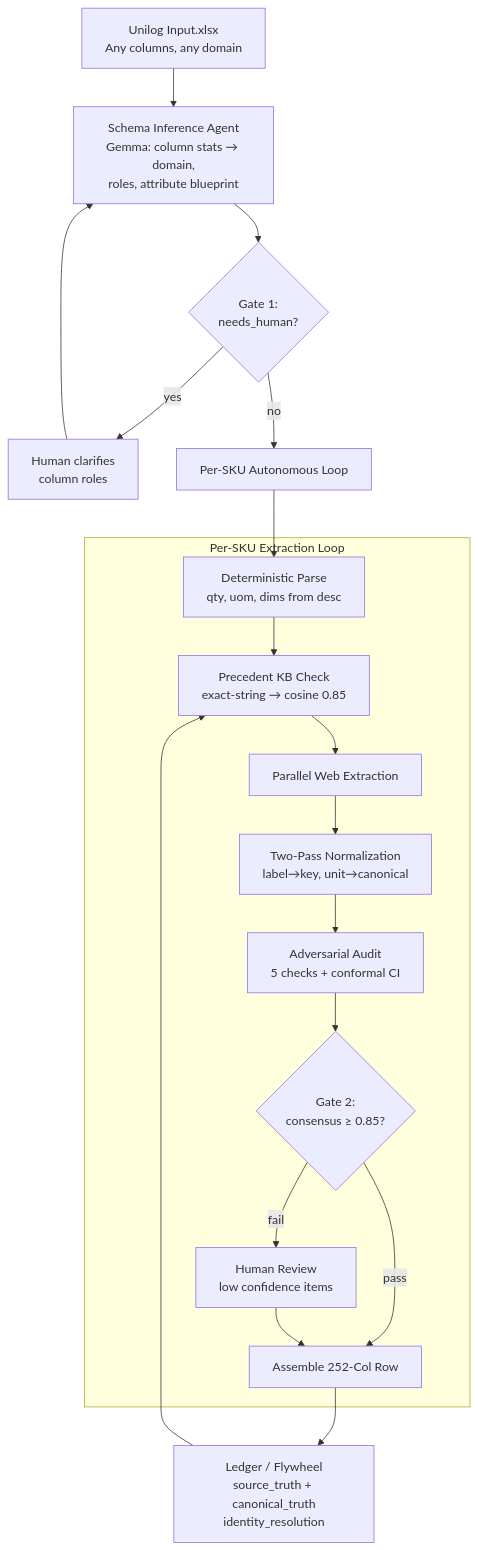
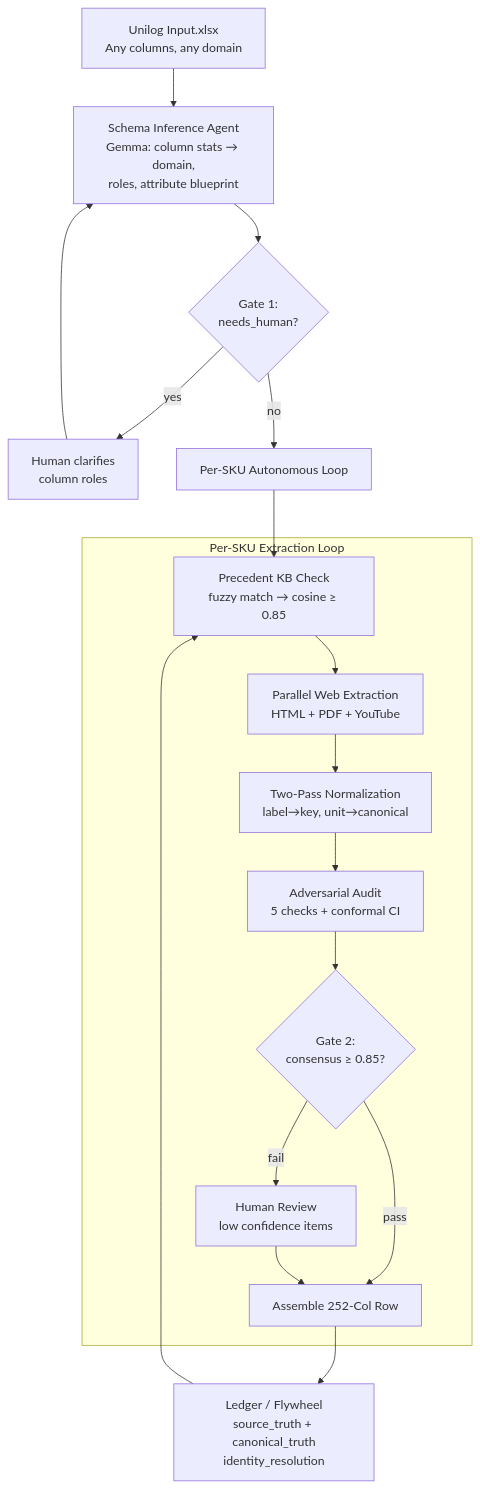
One commit to VarshneysvAI/semi-workbench changed the diagram in README.md. Above: the diagram before and after it, drawn with Mermaid. The commit also changed other lines of this file, not shown here.

Commit message:
docs: remove deterministic/regex references from README - fully LLM-based extraction

````diff
--- a/README.md
+++ b/README.md
@@ -106,26 +103,25 @@
 ```mermaid
 flowchart TD
     A[Unilog Input.xlsx<br/>Any columns, any domain] --> B[Schema Inference Agent<br/>Gemma: column stats → domain,<br/>roles, attribute blueprint]
     B --> C{Gate 1:<br/>needs_human?}
     C -- yes --> H[Human clarifies<br/>column roles]
     H --> B
     C -- no --> D[Per-SKU Autonomous Loop]
     
     subgraph LOOP [Per-SKU Extraction Loop]
-        D1[Deterministic Parse<br/>qty, uom, dims from desc]
-        D2[Precedent KB Check<br/>exact-string → cosine 0.85]
-        D3[Parallel Web Extraction]
-        D4[Two-Pass Normalization<br/>label→key, unit→canonical]
-        D5[Adversarial Audit<br/>5 checks + conformal CI]
-        D6{Gate 2:<br/>consensus ≥ 0.85?}
-        D7[Assemble 252-Col Row]
-        D8[Human Review<br/>low confidence items]
+        D1[Precedent KB Check<br/>fuzzy match → cosine ≥ 0.85]
+        D2[Parallel Web Extraction<br/>HTML + PDF + YouTube]
+        D3[Two-Pass Normalization<br/>label→key, unit→canonical]
+        D4[Adversarial Audit<br/>5 checks + conformal CI]
+        D5{Gate 2:<br/>consensus ≥ 0.85?}
+        D6[Assemble 252-Col Row]
+        D7[Human Review<br/>low confidence items]
     end
     
-    D --> D1 --> D2 --> D3 --> D4 --> D5 --> D6
-    D6 -- pass --> D7
-    D6 -- fail --> D8
-    D8 --> D7
-    D7 --> L[Ledger / Flywheel<br/>source_truth + canonical_truth<br/>identity_resolution]
-    L --> D2
+    D --> D1 --> D2 --> D3 --> D4 --> D5
+    D5 -- pass --> D6
+    D5 -- fail --> D7
+    D7 --> D6
+    D6 --> L[Ledger / Flywheel<br/>source_truth + canonical_truth<br/>identity_resolution]
+    L --> D1
 ```
````
